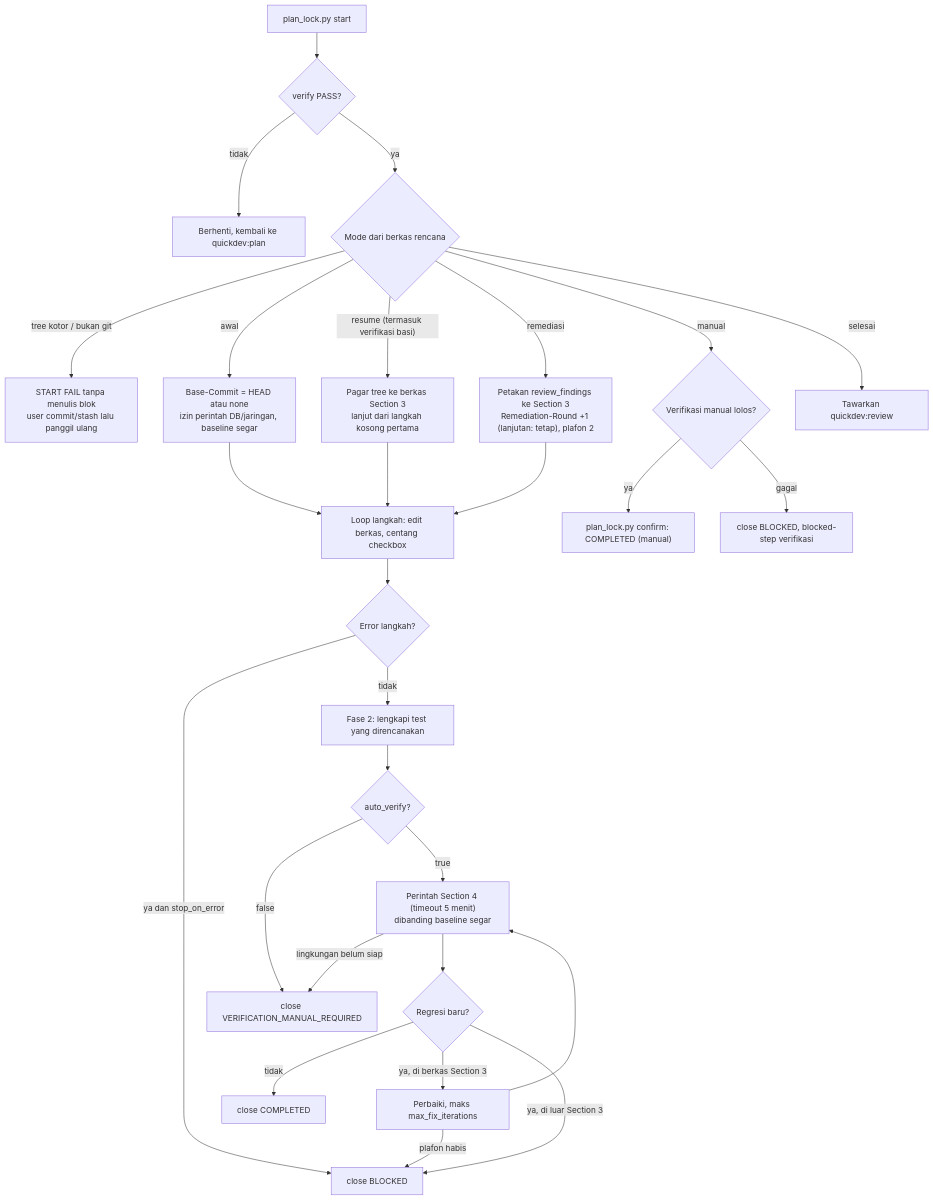
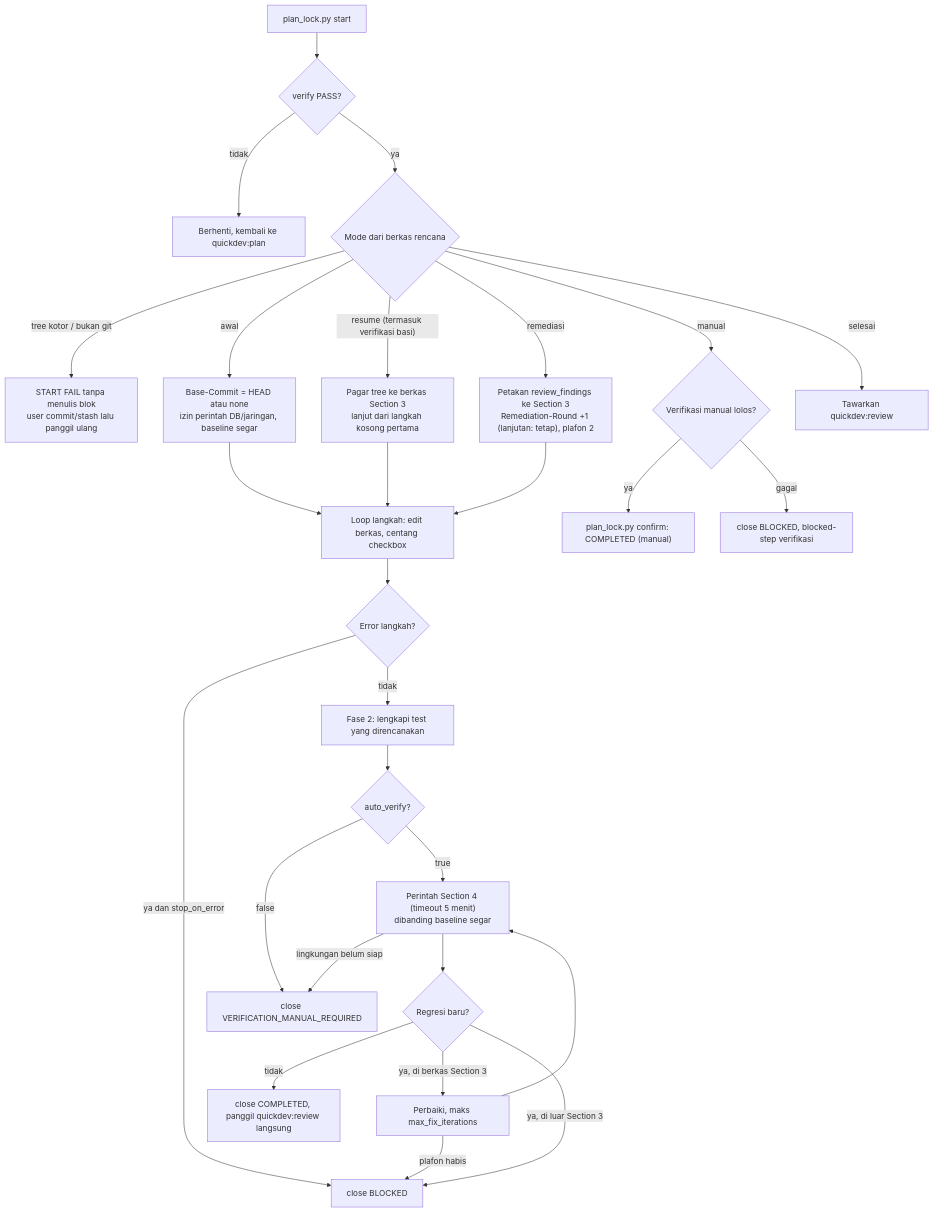
One commit to nataflow/agentic-workflow changed the third of 6 diagrams in flow/quickdev.md. Above: the diagram before and after it, drawn with Mermaid. The commit also changed other lines of this file and 3 other files, not shown here.

Commit message:
docs(quickdev): flow, README, CLAUDE.md, dan migrasi 0.13.0 untuk alur berantai dan commit rencana (39)

````diff
--- a/flow/quickdev.md
+++ b/flow/quickdev.md
@@ -146,30 +151,30 @@
 ```mermaid
 flowchart TD
     S["plan_lock.py start"] --> V{"verify PASS?"}
     V -->|tidak| F1["Berhenti, kembali ke quickdev:plan"]
     V -->|ya| M{"Mode dari berkas rencana"}
     M -->|"tree kotor / bukan git"| SF["START FAIL tanpa menulis blok<br/>user commit/stash lalu panggil ulang"]
     M -->|awal| A["Base-Commit = HEAD atau none<br/>izin perintah DB/jaringan, baseline segar"]
     M -->|"resume (termasuk verifikasi basi)"| R["Pagar tree ke berkas Section 3<br/>lanjut dari langkah kosong pertama"]
     M -->|remediasi| RM["Petakan review_findings ke Section 3<br/>Remediation-Round +1 (lanjutan: tetap), plafon 2"]
     M -->|manual| MN{"Verifikasi manual lolos?"}
     M -->|selesai| SL["Tawarkan quickdev:review"]
     MN -->|ya| CF["plan_lock.py confirm: COMPLETED (manual)"]
     MN -->|gagal| CB["close BLOCKED, blocked-step verifikasi"]
     A --> L["Loop langkah: edit berkas, centang checkbox"]
     R --> L
     RM --> L
     L --> LE{"Error langkah?"}
     LE -->|"ya dan stop_on_error"| BL["close BLOCKED"]
     LE -->|tidak| T["Fase 2: lengkapi test yang direncanakan"]
     T --> VF{"auto_verify?"}
     VF -->|false| VM["close VERIFICATION_MANUAL_REQUIRED"]
     VF -->|true| RUN["Perintah Section 4 (timeout 5 menit)<br/>dibanding baseline segar"]
     RUN -->|"lingkungan belum siap"| VM
     RUN --> RG{"Regresi baru?"}
-    RG -->|tidak| OK["close COMPLETED"]
+    RG -->|tidak| OK["close COMPLETED, panggil quickdev:review langsung"]
     RG -->|"ya, di berkas Section 3"| FX["Perbaiki, maks max_fix_iterations"]
     FX --> RUN
     FX -->|"plafon habis"| BL
     RG -->|"ya, di luar Section 3"| BL
 ```
````
